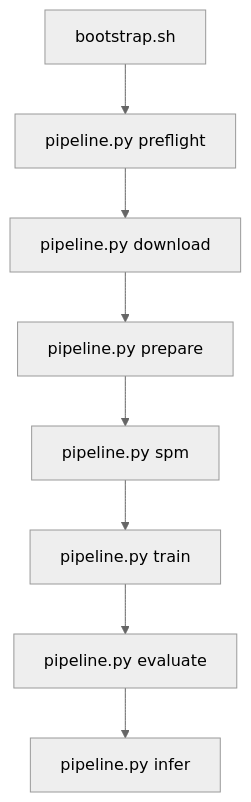
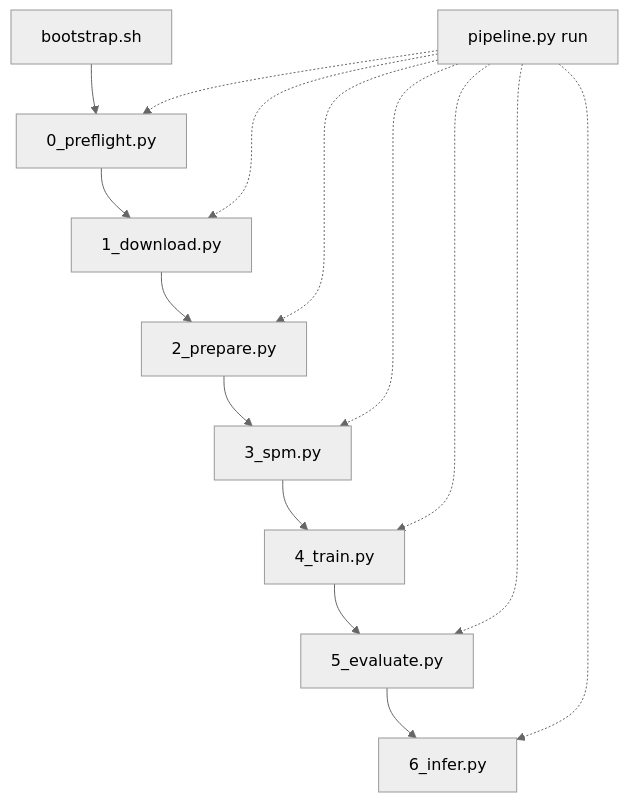
The diagram in README.md (crispyfunicular/Pantagruel_S3T), drawn with Mermaid (neutral theme) before and after one commit. The commit also changed other lines of this file and 3 other files, not shown here.

First line of the commit message:
Ajouter le stage preflight et documenter l'architecture pipeline modulaire.

````diff
--- a/README.md
+++ b/README.md
@@ -45,10 +66,17 @@
 ```mermaid
 flowchart TD
-  bootstrap["bootstrap.sh"] --> preflight["pipeline.py preflight"]
-  preflight --> download["pipeline.py download"]
-  download --> prepare["pipeline.py prepare"]
-  prepare --> spm["pipeline.py spm"]
-  spm --> train["pipeline.py train"]
-  train --> evaluate["pipeline.py evaluate"]
-  evaluate --> infer["pipeline.py infer"]
+  bootstrap["bootstrap.sh"] --> preflight["0_preflight.py"]
+  preflight --> download["1_download.py"]
+  download --> prepare["2_prepare.py"]
+  prepare --> spm["3_spm.py"]
+  spm --> train["4_train.py"]
+  train --> evaluate["5_evaluate.py"]
+  evaluate --> infer["6_infer.py"]
+  orchestrator["pipeline.py run"] -.-> preflight
+  orchestrator -.-> download
+  orchestrator -.-> prepare
+  orchestrator -.-> spm
+  orchestrator -.-> train
+  orchestrator -.-> evaluate
+  orchestrator -.-> infer
 ```
````
